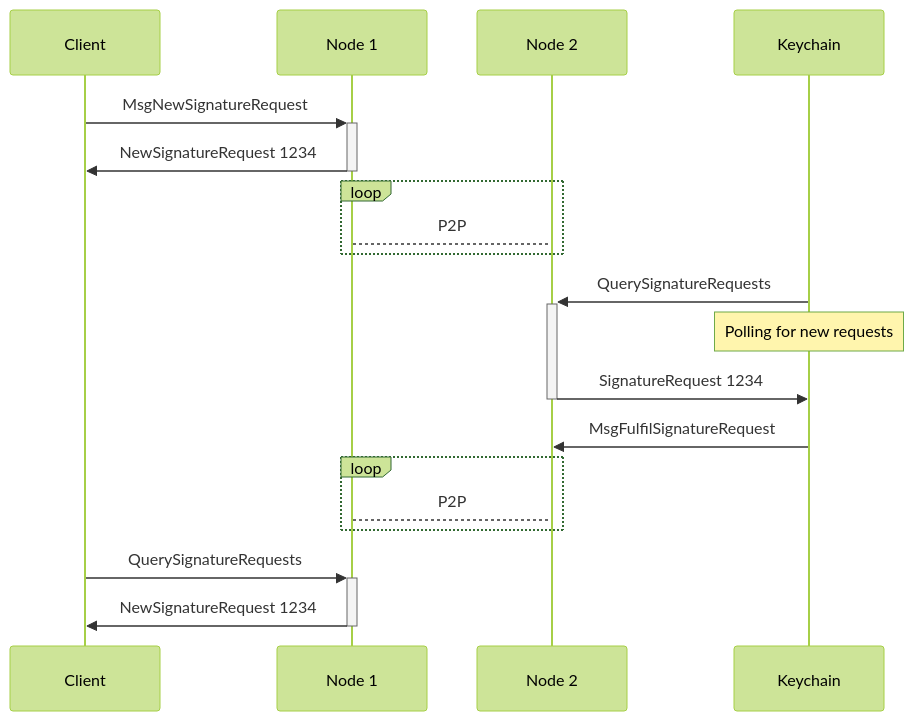
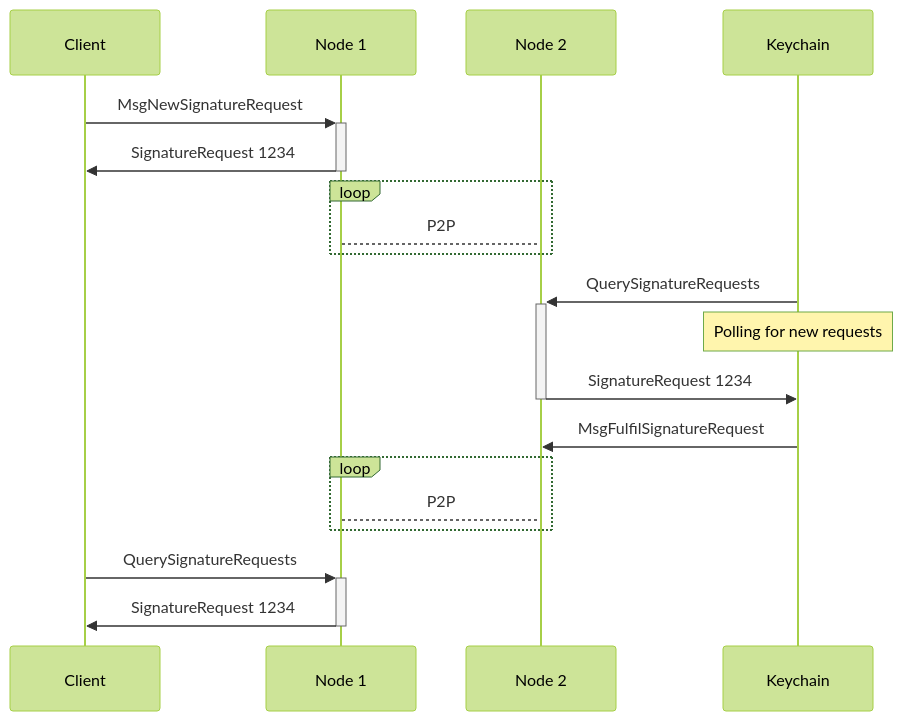
Before and after one commit to warden-protocol/wardenprotocol: the second of 2 diagrams in docs/docs/learn/request-flow.md, drawn with Mermaid (forest theme). The commit also changed other lines of this file and 5 other files, not shown here.

Commit message:
keychain quick start, request flow, glossary

````diff
--- a/docs/docs/learn/request-flow.md
+++ b/docs/docs/learn/request-flow.md
@@ -126,21 +126,21 @@
 ```mermaid
 sequenceDiagram
     Client->>+Node 1: MsgNewSignatureRequest
-    Node 1->>-Client: NewSignatureRequest 1234
+    Node 1->>-Client: SignatureRequest 1234
 
     loop
         Node 1-->Node 2: P2P
     end
 
     Keychain->>+Node 2: QuerySignatureRequests
     note over Keychain: Polling for new requests
     Node 2->>-Keychain: SignatureRequest 1234
     Keychain->>Node 2: MsgFulfilSignatureRequest
 
     loop
         Node 1-->Node 2: P2P
     end
 
     Client->>+Node 1: QuerySignatureRequests
-    Node 1->>-Client: NewSignatureRequest 1234
+    Node 1->>-Client: SignatureRequest 1234
 ```
````
